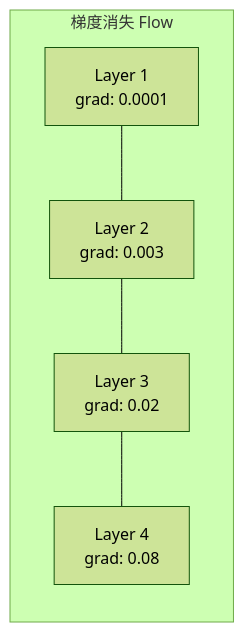
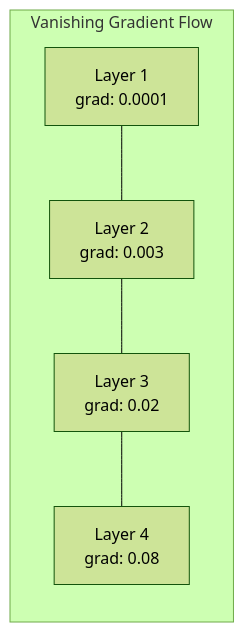
The fourth of 5 diagrams in phases/03-deep-learning-core/13-debugging-neural-networks/docs/zh.md (arwei944/ai-engineering-from-scratch), drawn with Mermaid (forest theme) before and after one commit. The commit also changed other lines of this file and 65 other files, not shown here.

````diff
--- a/phases/03-deep-learning-core/13-debugging-neural-networks/docs/zh.md
+++ b/phases/03-deep-learning-core/13-debugging-neural-networks/docs/zh.md
@@ -140,6 +140,6 @@
 ```mermaid
 graph LR
-    subgraph "梯度消失 Flow"
+    subgraph "Vanishing Gradient Flow"
         V1["Layer 1<br/>grad: 0.0001"] --- V2["Layer 2<br/>grad: 0.003"] --- V3["Layer 3<br/>grad: 0.02"] --- V4["Layer 4<br/>grad: 0.08"]
     end
 ```
````
